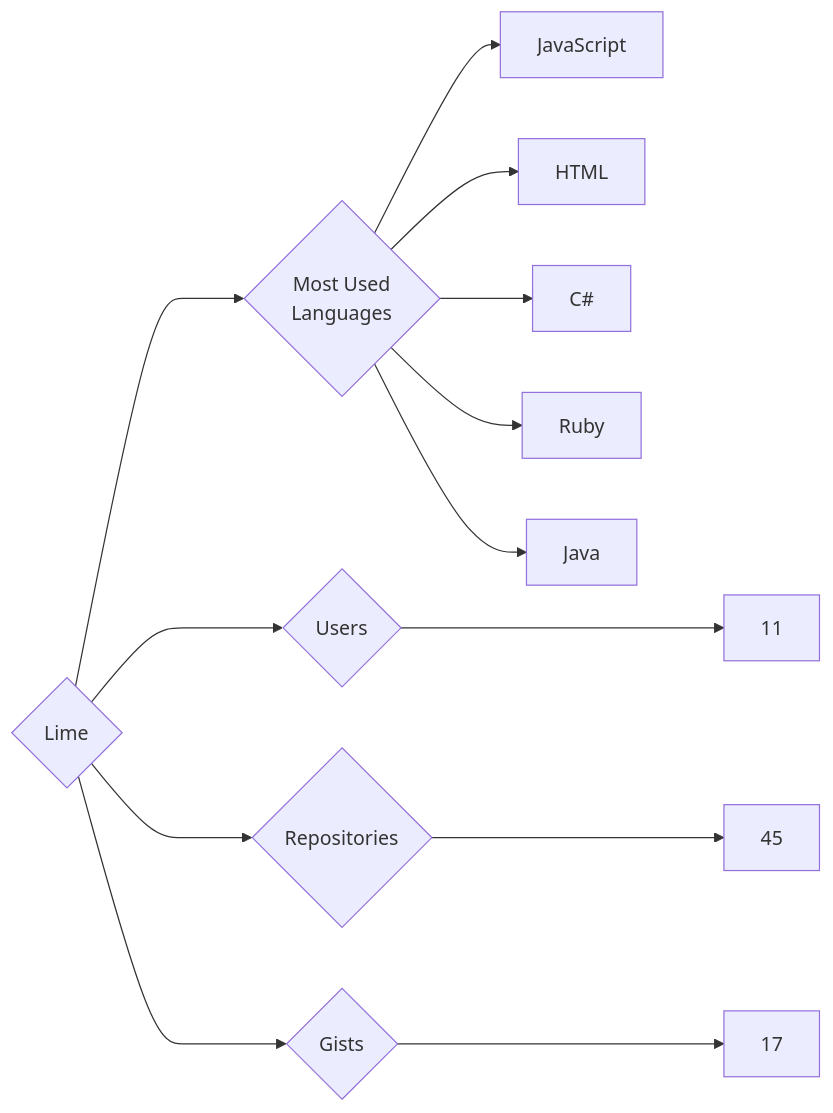
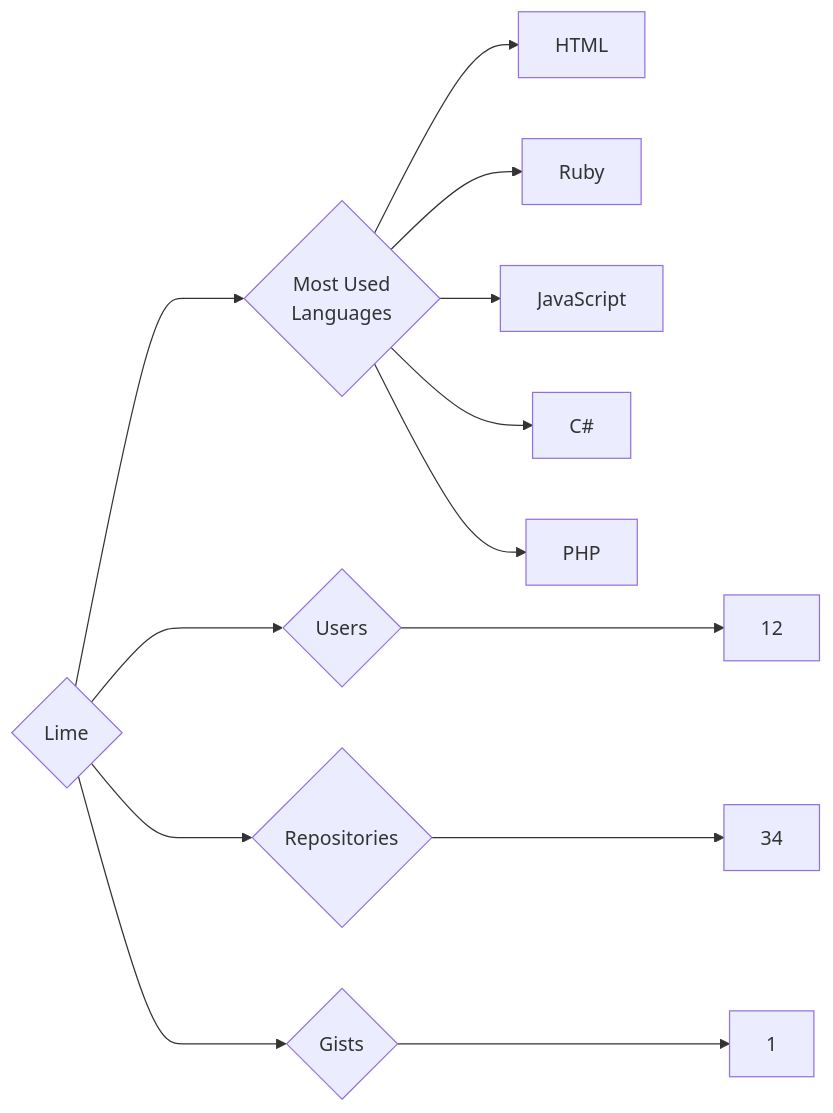
One commit to trickest/insiders changed the diagram in targets/Lime/README.md. Above: the diagram before and after it, drawn with Mermaid. The commit also changed 935 other files, not shown here.

````diff
--- a/targets/Lime/README.md
+++ b/targets/Lime/README.md
@@ -3,13 +3,13 @@
 ```mermaid
 graph LR
 COMPANY_NAME{Lime}
-COMPANY_NAME ---> U{Users} ---> UN[11]
-COMPANY_NAME ---> R{Repositories} ---> RN[45]
-COMPANY_NAME ---> G{Gists} ---> GN[17]
+COMPANY_NAME ---> U{Users} ---> UN[12]
+COMPANY_NAME ---> R{Repositories} ---> RN[34]
+COMPANY_NAME ---> G{Gists} ---> GN[1]
 COMPANY_NAME ---> ML{Most Used<br>Languages}
+ML --> HTML[HTML]
+ML --> Ruby[Ruby]
 ML --> JavaScript[JavaScript]
-ML --> HTML[HTML]
 ML --> C#[C#]
-ML --> Ruby[Ruby]
-ML --> Java[Java]
+ML --> PHP[PHP]
 ```
````
